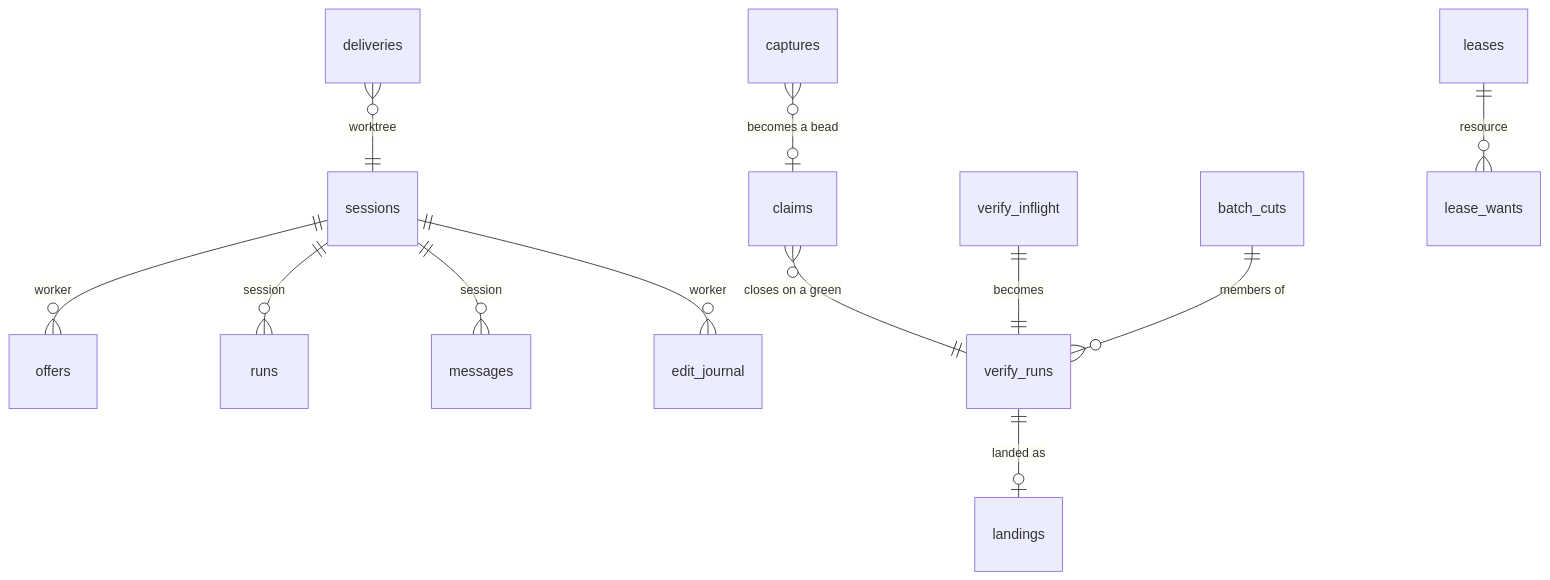
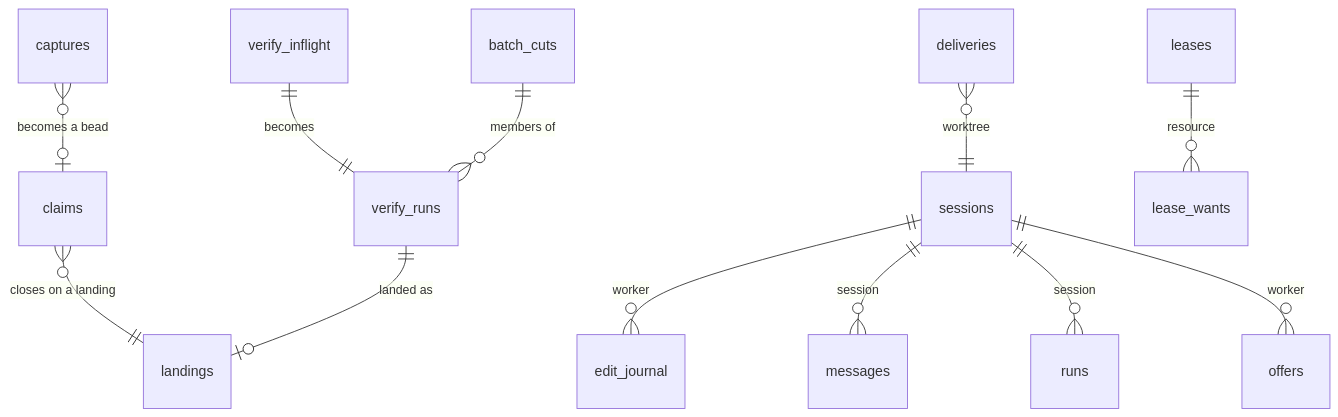
Before and after one commit to AJTJ/airunner: the second of 8 diagrams in docs/design.md, drawn with Mermaid. The commit also changed other lines of this file and 12 other files, not shown here.

````diff
--- a/docs/design.md
+++ b/docs/design.md
@@ -244,14 +245,14 @@
 ```mermaid
 erDiagram
   sessions ||--o{ edit_journal : "worker"
   sessions ||--o{ messages : "session"
-  claims }o--|| verify_runs : "closes on a green"
+  claims }o--|| landings : "closes on a landing"
   verify_runs ||--o| landings : "landed as"
   verify_inflight ||--|| verify_runs : "becomes"
   batch_cuts ||--o{ verify_runs : "members of"
   captures }o--o| claims : "becomes a bead"
   leases ||--o{ lease_wants : "resource"
   deliveries }o--|| sessions : "worktree"
   sessions ||--o{ runs : "session"
   sessions ||--o{ offers : "worker"
 ```
````
